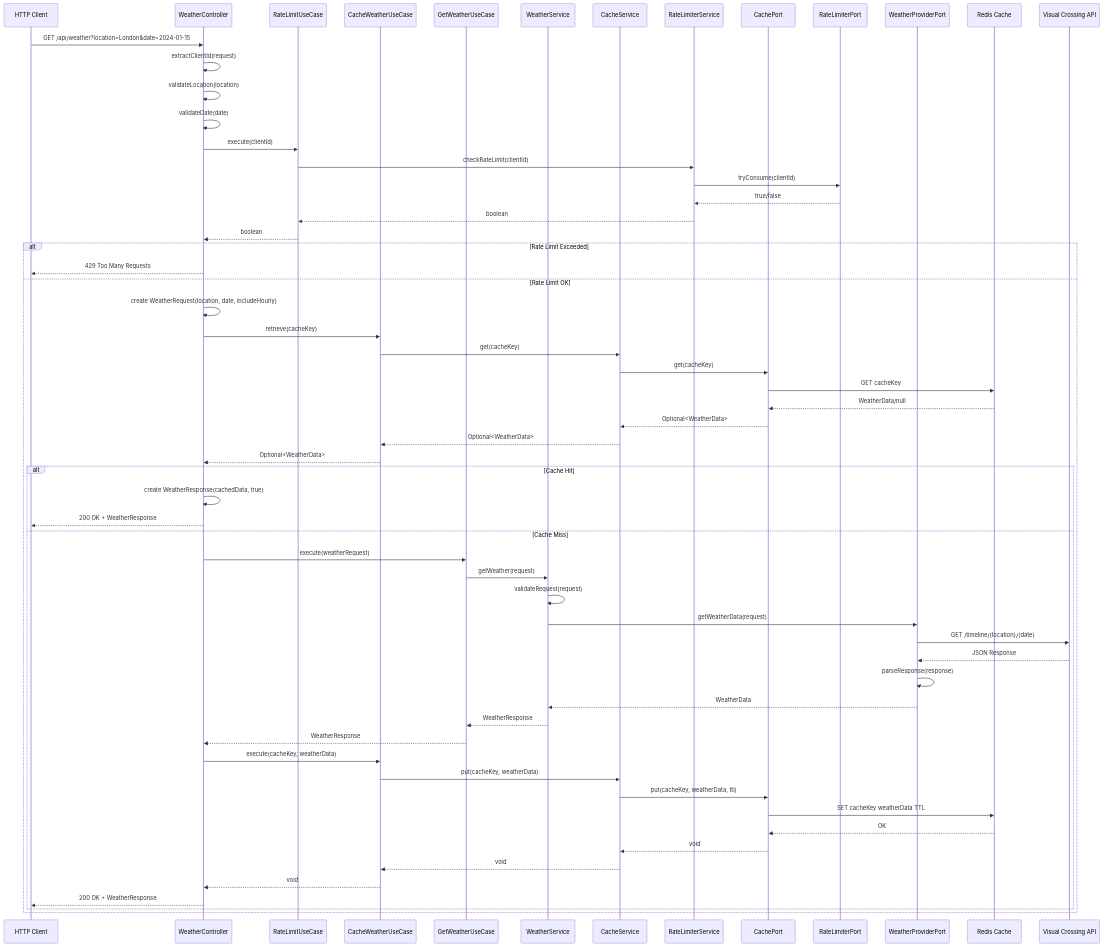
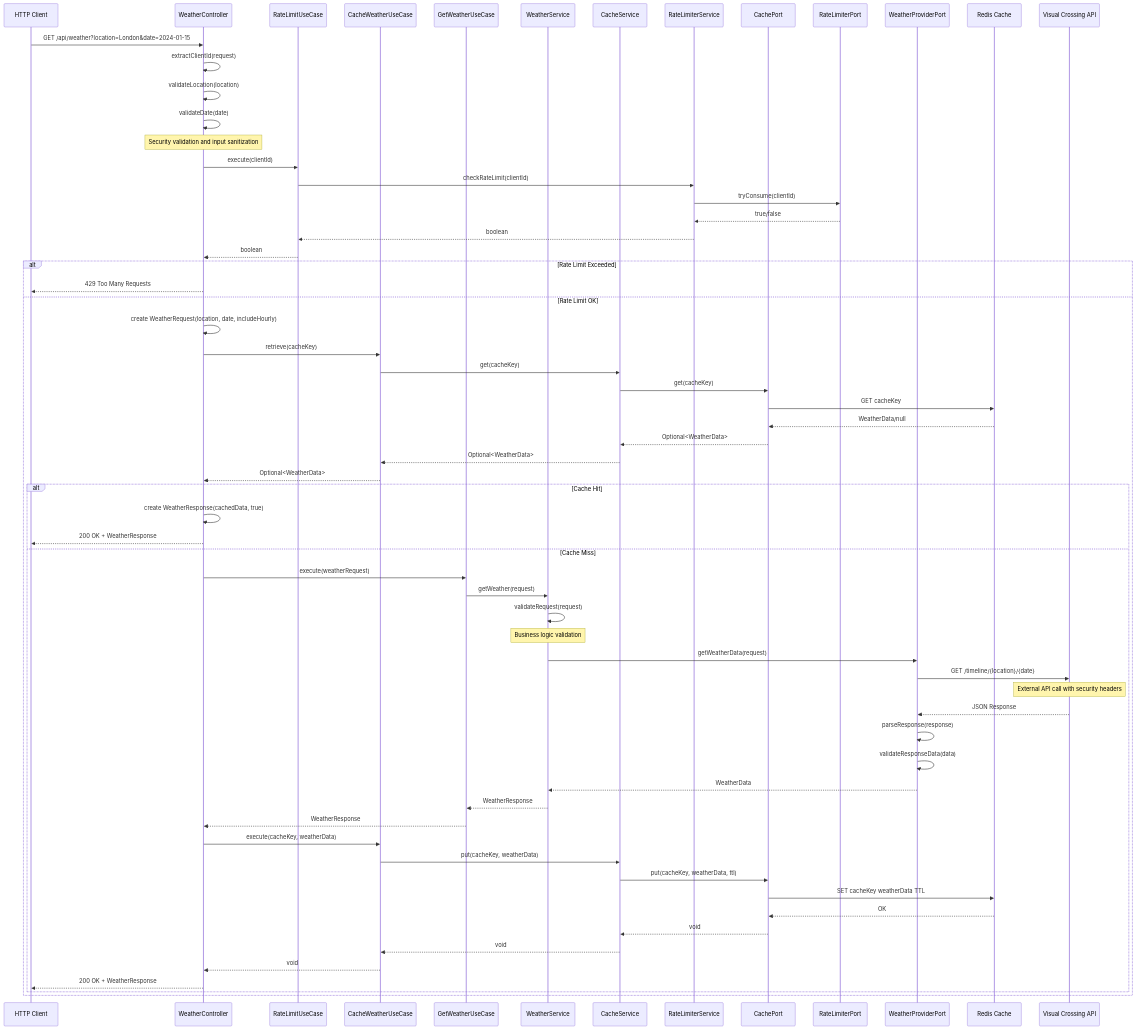
The first of 5 diagrams in weather-api-wrapper-service/UML Diagrams/SequenceDiagram.md (Shockp/Backend-Projects), drawn with Mermaid before and after one commit. The commit also changed other lines of this file and 6 other files, not shown here.

Commit message:
UML Diagrams updated

```diff
--- a/weather-api-wrapper-service/UML Diagrams/SequenceDiagram.md
+++ b/weather-api-wrapper-service/UML Diagrams/SequenceDiagram.md
@@ -26,6 +26,8 @@
     Controller->>Controller: extractClientId(request)
     Controller->>Controller: validateLocation(location)
     Controller->>Controller: validateDate(date)
+    
+    Note over Controller: Security validation and input sanitization
     
     %% Rate Limiting Check
     Controller->>RateLimitUC: execute(clientId)
@@ -59,10 +61,17 @@
             Controller->>GetWeatherUC: execute(weatherRequest)
             GetWeatherUC->>WeatherService: getWeather(request)
             WeatherService->>WeatherService: validateRequest(request)
+            
+            Note over WeatherService: Business logic validation
+            
             WeatherService->>WeatherProviderPort: getWeatherData(request)
             WeatherProviderPort->>VC_API: GET /timeline/{location}/{date}
+            
+            Note over VC_API: External API call with security headers
+            
             VC_API-->>WeatherProviderPort: JSON Response
             WeatherProviderPort->>WeatherProviderPort: parseResponse(response)
+            WeatherProviderPort->>WeatherProviderPort: validateResponseData(data)
             WeatherProviderPort-->>WeatherService: WeatherData
             WeatherService-->>GetWeatherUC: WeatherResponse
             GetWeatherUC-->>Controller: WeatherResponse
```
